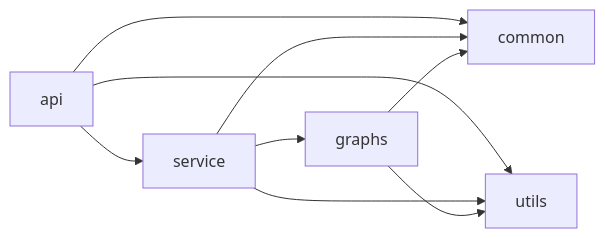
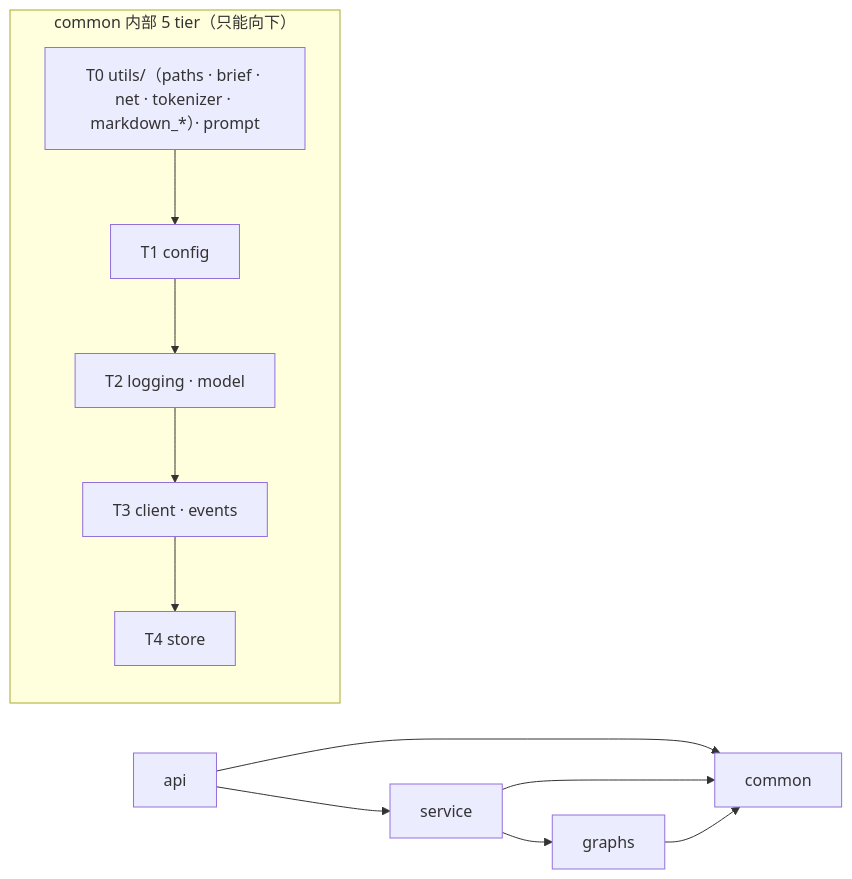
The first of 2 diagrams in docs/feat/项目整理/方案设计.md (Refone/MiniRAG), drawn with Mermaid before and after one commit. The commit also changed other lines of this file and 2 other files, not shown here.

````diff
--- a/docs/feat/项目整理/方案设计.md
+++ b/docs/feat/项目整理/方案设计.md
@@ -277,11 +233,17 @@
 ```mermaid
 flowchart LR
     api[api] --> service[service]
     api --> common[common]
-    api --> utils[utils]
     service --> graphs[graphs]
     service --> common
-    service --> utils
     graphs --> common
-    graphs --> utils
+    subgraph C["common 内部 5 tier（只能向下）"]
+        direction TB
+        T0["T0 utils/（paths · brief · net · tokenizer · markdown_*）· prompt"]
+        T1["T1 config"]
+        T2["T2 logging · model"]
+        T3["T3 client · events"]
+        T4["T4 store"]
+        T0 --> T1 --> T2 --> T3 --> T4
+    end
 ```
````
